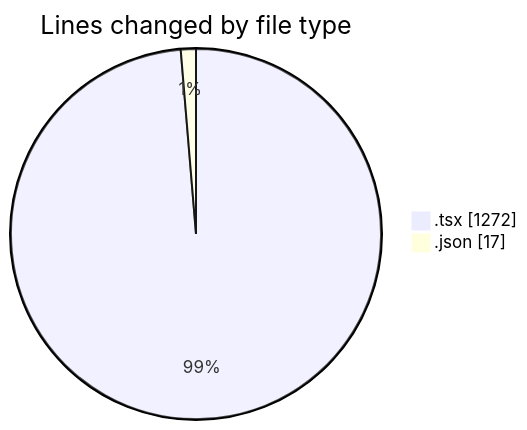
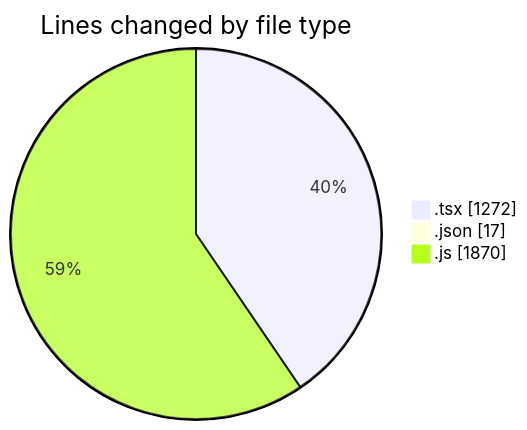
The first of 2 diagrams in 2025-04-28/cda/README.md (momahboobian/code-tracking), drawn with Mermaid before and after one commit. The commit also changed other lines of this file and 1 other file, not shown here.

````diff
--- a/2025-04-28/cda/README.md
+++ b/2025-04-28/cda/README.md
@@ -23,6 +26,7 @@
 ```mermaid
 pie showData
 title Lines changed by file type
 ".tsx" : 1272
 ".json" : 17
+".js" : 1870
 ```
````
